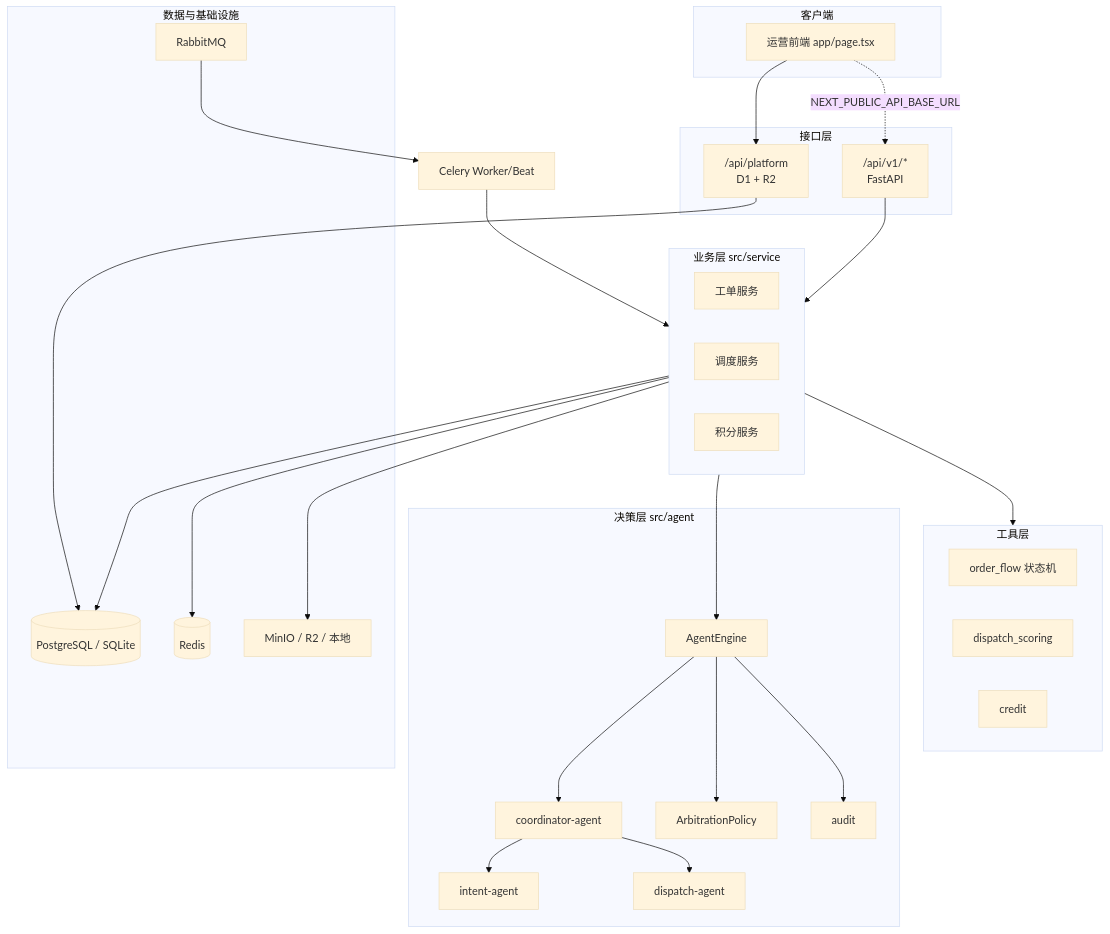
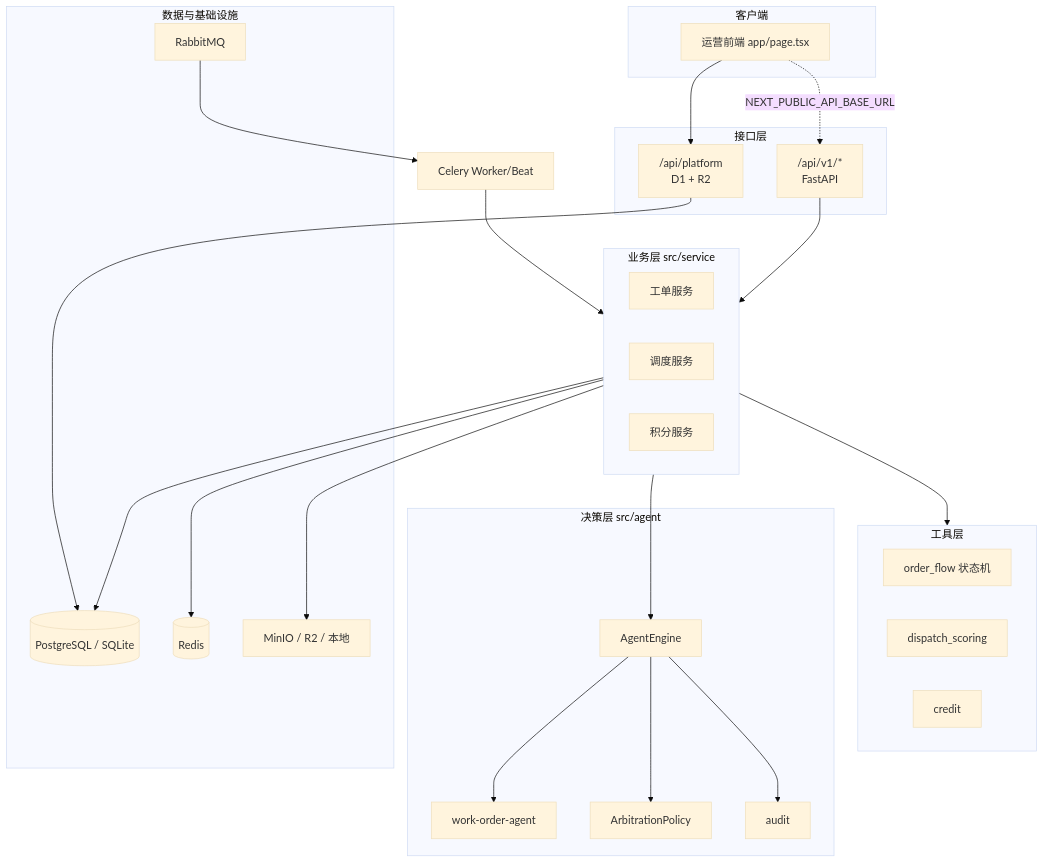
One commit to ouzi-xiaohao/lingshu-workorder-platform changed the diagram in README.md. Above: the diagram before and after it, drawn with Mermaid (base theme). The commit also changed other lines of this file and 23 other files, not shown here.

First line of the commit message:
refactor: consolidate to single work-order-agent

````diff
--- a/README.md
+++ b/README.md
@@ -47,55 +45,52 @@
 ```mermaid
 flowchart TB
   subgraph client [客户端]
     UI[运营前端 app/page.tsx]
   end
 
   subgraph api [接口层]
     Sites["/api/platform<br/>D1 + R2"]
     FastAPI["/api/v1/*<br/>FastAPI"]
   end
 
   subgraph service [业务层 src/service]
     WO[工单服务]
     DS[调度服务]
     CR[积分服务]
   end
 
   subgraph agent [决策层 src/agent]
     CE[AgentEngine]
-    CO[coordinator-agent]
-    IN[intent-agent]
-    DI[dispatch-agent]
+    WOA[work-order-agent]
     AR[ArbitrationPolicy]
     AU[audit]
   end
 
   subgraph tools [工具层]
     OF[order_flow 状态机]
     SC[dispatch_scoring]
     CRD[credit]
   end
 
   subgraph data [数据与基础设施]
     DB[(PostgreSQL / SQLite)]
     RD[(Redis)]
     MQ[RabbitMQ]
     ST[MinIO / R2 / 本地]
   end
 
   UI --> Sites
   UI -.->|NEXT_PUBLIC_API_BASE_URL| FastAPI
   Sites --> DB
   FastAPI --> service
   service --> CE
-  CE --> CO --> IN
-  CO --> DI
+  CE --> WOA
   CE --> AR
   CE --> AU
   service --> tools
   service --> DB
   service --> RD
   service --> ST
   MQ --> Celery[Celery Worker/Beat]
   Celery --> service
 ```
````
